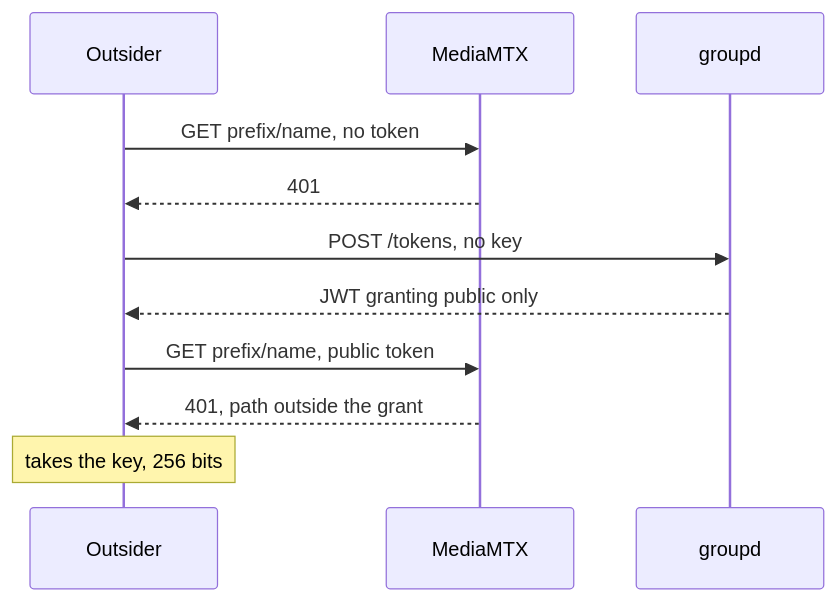
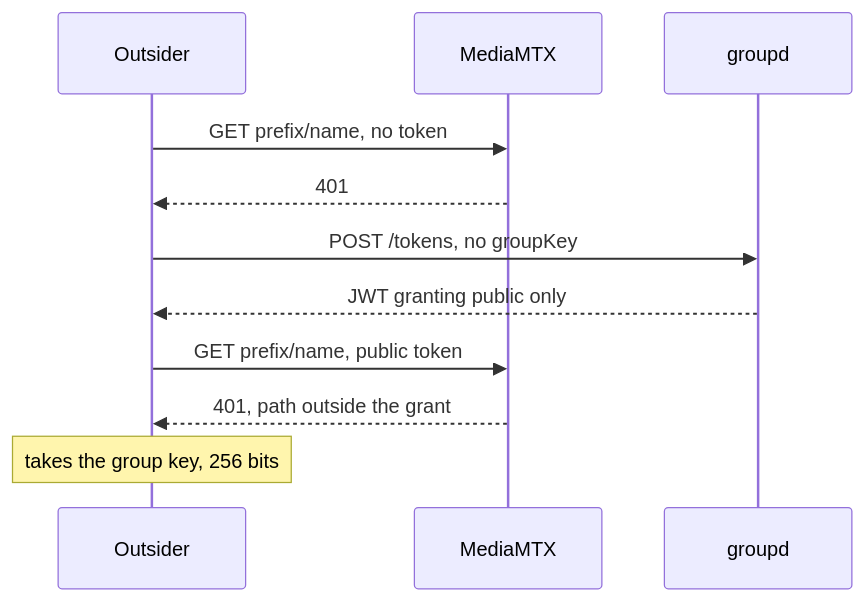
Before and after one commit to bjoern621/screen-sharing: the third of 3 diagrams in docs/auth-flow.md, drawn with Mermaid. The commit also changed other lines of this file and 171 other files, not shown here.

````diff
--- a/docs/auth-flow.md
+++ b/docs/auth-flow.md
@@ -58,16 +58,16 @@
 ```mermaid
 sequenceDiagram
     participant X as Outsider
     participant M as MediaMTX
     participant G as groupd
 
     X->>M: GET prefix/name, no token
     M-->>X: 401
 
-    X->>G: POST /tokens, no key
+    X->>G: POST /tokens, no groupKey
     G-->>X: JWT granting public only
     X->>M: GET prefix/name, public token
     M-->>X: 401, path outside the grant
 
-    Note over X: takes the key, 256 bits
+    Note over X: takes the group key, 256 bits
 ```
````
